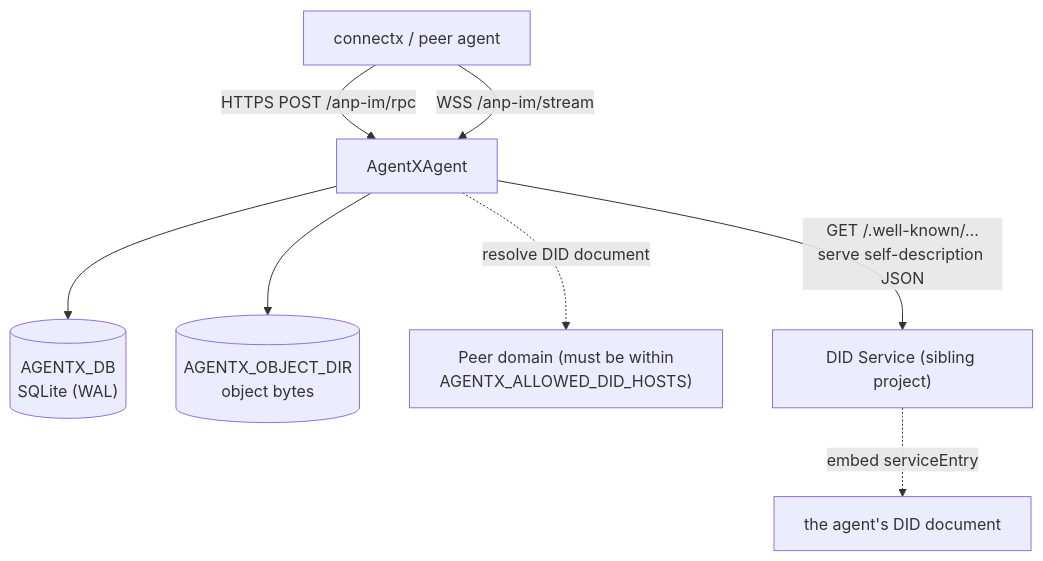
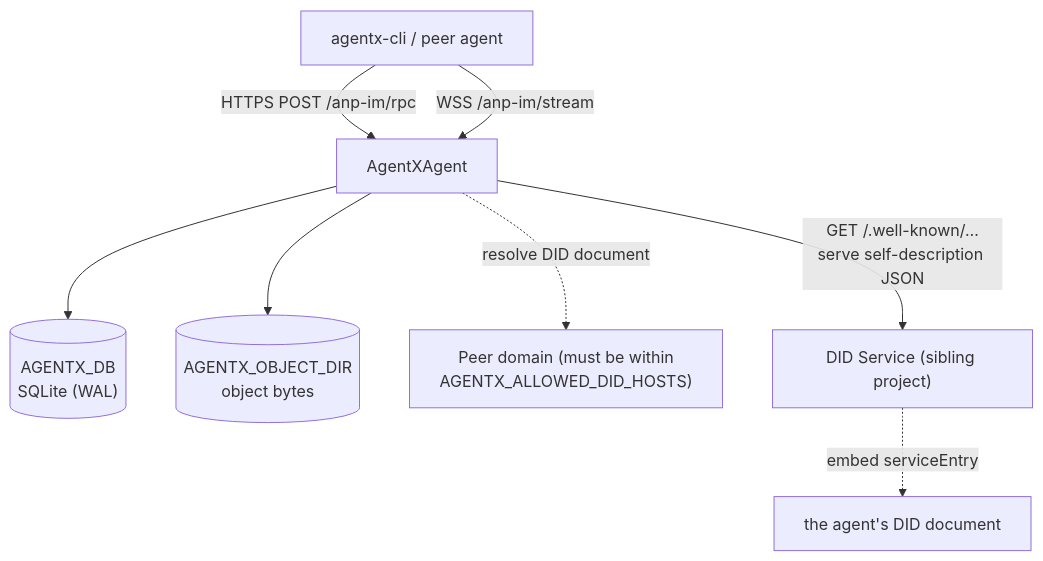
One commit to eccstartup/anpio-cli changed the diagram in vercel/en/guide/deploy.md. Above: the diagram before and after it, drawn with Mermaid. The commit also changed 17 other files, not shown here.

First line of the commit message:
docs(site): the guides teach agentx-cli now, not connectx

````diff
--- a/vercel/en/guide/deploy.md
+++ b/vercel/en/guide/deploy.md
@@ -21,10 +21,10 @@
 ```mermaid
 graph TD
-  Client["connectx / peer agent"] -->|"HTTPS POST /anp-im/rpc"| SVC["AgentXAgent"]
+  Client["agentx-cli / peer agent"] -->|"HTTPS POST /anp-im/rpc"| SVC["AgentXAgent"]
   Client -->|"WSS /anp-im/stream"| SVC
   SVC --> DB[("AGENTX_DB<br/>SQLite (WAL)")]
   SVC --> OBJ[("AGENTX_OBJECT_DIR<br/>object bytes")]
   SVC -. "resolve DID document" .-> DID["Peer domain (must be within<br/>AGENTX_ALLOWED_DID_HOSTS)"]
   DIDService["DID Service (sibling project)"] -. "embed serviceEntry" .-> DOC["the agent's DID document"]
   SVC -->|"GET /.well-known/…<br/>serve self-description JSON"| DIDService
 ```
````
